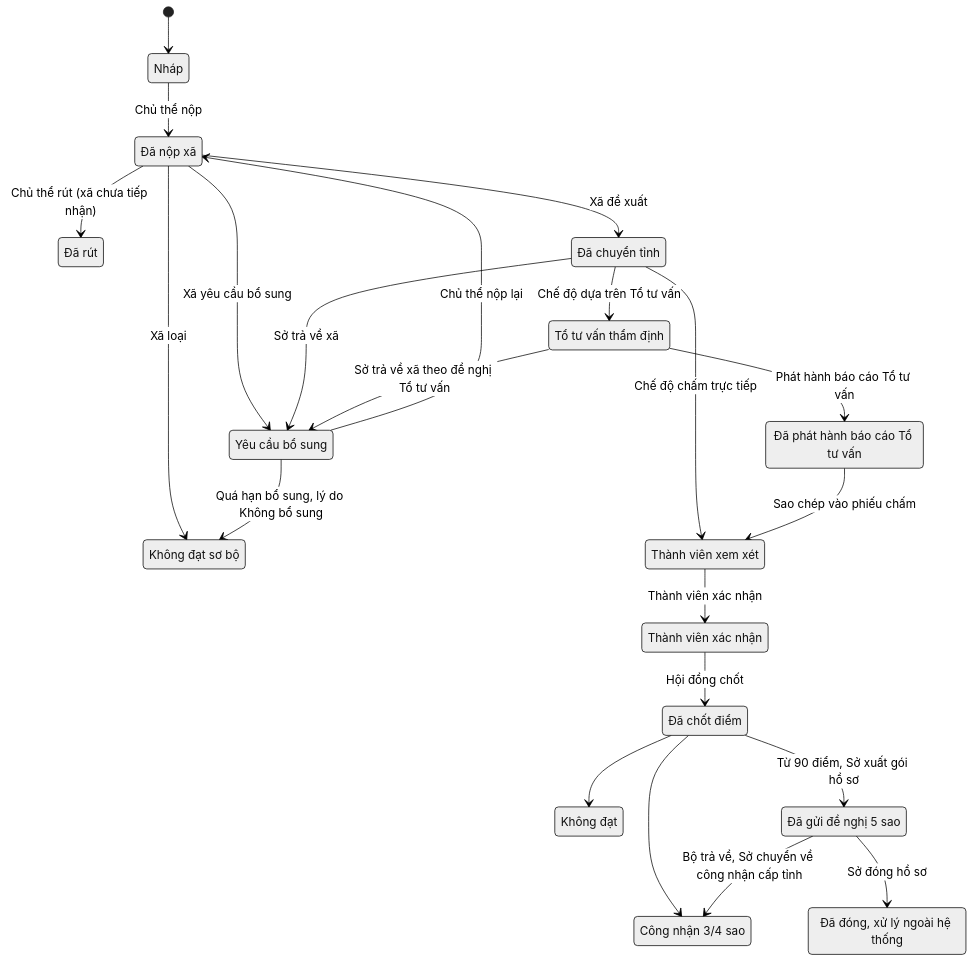
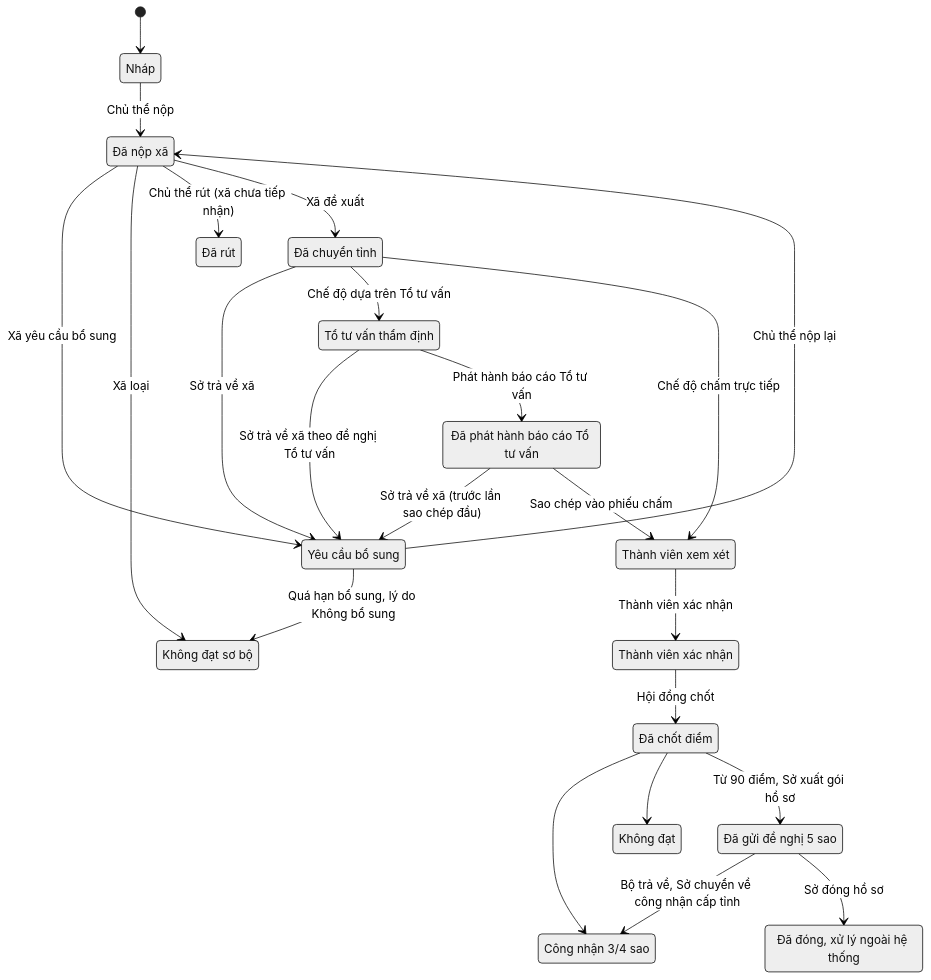
The second of 9 diagrams in docs/OCOP_luong_xu_ly_ban_rut_gon.md (ndlinh-celtic/ocop), drawn with Mermaid (neutral theme) before and after one commit. The commit also changed other lines of this file and 11 other files, not shown here.

First line of the commit message:
Let the Sở trả về a hồ sơ Đã có báo cáo Tổ tư vấn until the first sao chép (#69)

````diff
--- a/docs/OCOP_luong_xu_ly_ban_rut_gon.md
+++ b/docs/OCOP_luong_xu_ly_ban_rut_gon.md
@@ -44,40 +44,41 @@
 ```mermaid
 stateDiagram-v2
     state "Nháp" as Nhap
     state "Đã nộp xã" as NopXa
     state "Yêu cầu bổ sung" as BoSung
     state "Không đạt sơ bộ" as KhongDatSB
     state "Đã rút" as DaRut
     state "Đã chuyển tỉnh" as ChuyenTinh
     state "Tổ tư vấn thẩm định" as ThamMuu
     state "Đã phát hành báo cáo Tổ tư vấn" as PhatHanh
     state "Thành viên xem xét" as TVXem
     state "Thành viên xác nhận" as TVXacNhan
     state "Đã chốt điểm" as ChotDiem
     state "Công nhận 3/4 sao" as CN34
     state "Không đạt" as KhongDat
     state "Đã gửi đề nghị 5 sao" as GuiBo
     state "Đã đóng, xử lý ngoài hệ thống" as DaDong
 
     [*] --> Nhap
     Nhap --> NopXa: Chủ thể nộp
     NopXa --> BoSung: Xã yêu cầu bổ sung
     BoSung --> NopXa: Chủ thể nộp lại
     NopXa --> KhongDatSB: Xã loại
     NopXa --> DaRut: Chủ thể rút (xã chưa tiếp nhận)
     BoSung --> KhongDatSB: Quá hạn bổ sung, lý do Không bổ sung
     NopXa --> ChuyenTinh: Xã đề xuất
     ChuyenTinh --> BoSung: Sở trả về xã
     ChuyenTinh --> ThamMuu: Chế độ dựa trên Tổ tư vấn
     ChuyenTinh --> TVXem: Chế độ chấm trực tiếp
     ThamMuu --> BoSung: Sở trả về xã theo đề nghị Tổ tư vấn
     ThamMuu --> PhatHanh: Phát hành báo cáo Tổ tư vấn
+    PhatHanh --> BoSung: Sở trả về xã (trước lần sao chép đầu)
     PhatHanh --> TVXem: Sao chép vào phiếu chấm
     TVXem --> TVXacNhan: Thành viên xác nhận
     TVXacNhan --> ChotDiem: Hội đồng chốt
     ChotDiem --> CN34
     ChotDiem --> KhongDat
     ChotDiem --> GuiBo: Từ 90 điểm, Sở xuất gói hồ sơ
     GuiBo --> CN34: Bộ trả về, Sở chuyển về công nhận cấp tỉnh
     GuiBo --> DaDong: Sở đóng hồ sơ
 ```
````
